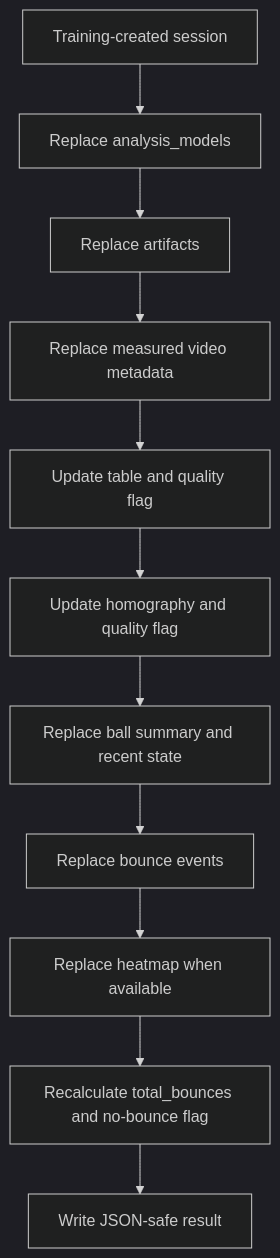
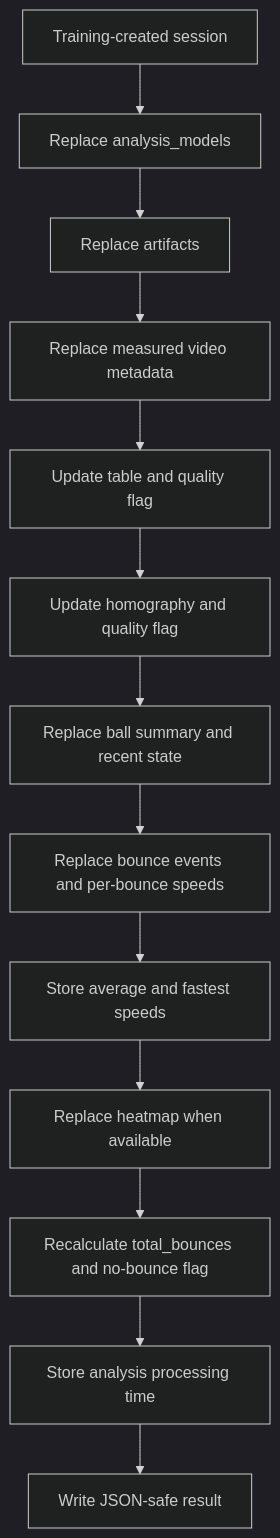
One commit to CoulterRolph/Capstone_Opencv changed the second of 2 diagrams in jetson/docs/session_json_schema.md. Above: the diagram before and after it, drawn with Mermaid (dark theme). The commit also changed other lines of this file and 35 other files, not shown here.

````diff
--- a/jetson/docs/session_json_schema.md
+++ b/jetson/docs/session_json_schema.md
@@ -361,13 +385,15 @@
 ```mermaid
 flowchart TD
     Existing[Training-created session] --> Models[Replace analysis_models]
     Models --> Artifacts[Replace artifacts]
     Artifacts --> Video[Replace measured video metadata]
     Video --> Table[Update table and quality flag]
     Table --> Homography[Update homography and quality flag]
     Homography --> Ball[Replace ball summary and recent state]
-    Ball --> Bounces[Replace bounce events]
-    Bounces --> Heatmap[Replace heatmap when available]
+    Ball --> Bounces[Replace bounce events and per-bounce speeds]
+    Bounces --> SpeedSummary[Store average and fastest speeds]
+    SpeedSummary --> Heatmap[Replace heatmap when available]
     Heatmap --> Summary[Recalculate total_bounces and no-bounce flag]
-    Summary --> Save[Write JSON-safe result]
+    Summary --> Timing[Store analysis processing time]
+    Timing --> Save[Write JSON-safe result]
 ```
````
